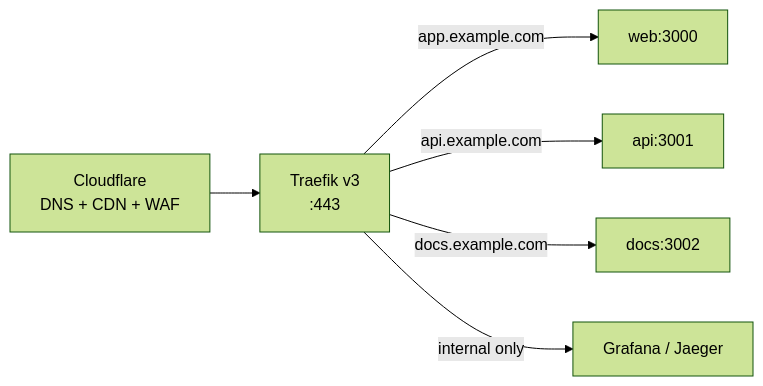
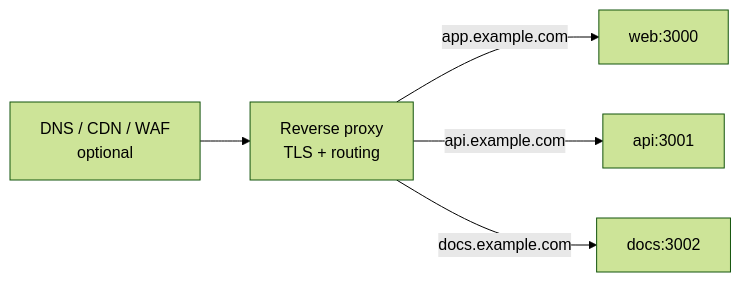
The first of 2 diagrams in docs/architecture/11-infrastructure-and-deployment.md (jleveneur/nextjs-boilerplate), drawn with Mermaid (forest theme) before and after one commit. The commit also changed other lines of this file and 24 other files, not shown here.

````diff
--- a/docs/architecture/11-infrastructure-and-deployment.md
+++ b/docs/architecture/11-infrastructure-and-deployment.md
@@ -124,8 +125,7 @@
 ```mermaid
 flowchart LR
-    CF["Cloudflare<br/>DNS + CDN + WAF"] --> TR["Traefik v3<br/>:443"]
+    EDGE["DNS / CDN / WAF<br/>optional"] --> TR["Reverse proxy<br/>TLS + routing"]
     TR -->|"app.example.com"| WEB["web:3000"]
     TR -->|"api.example.com"| API["api:3001"]
     TR -->|"docs.example.com"| DOCS["docs:3002"]
-    TR -->|"internal only"| OBS["Grafana / Jaeger"]
 ```
````
